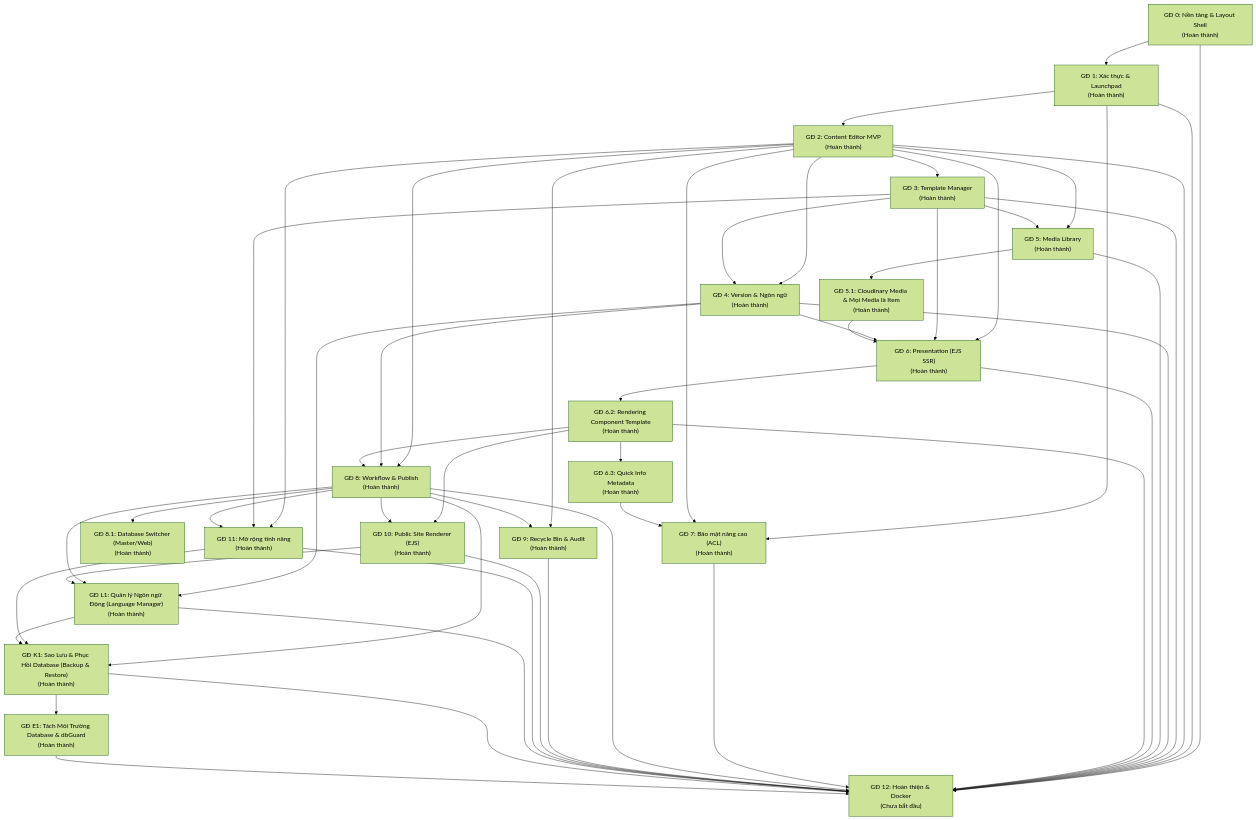
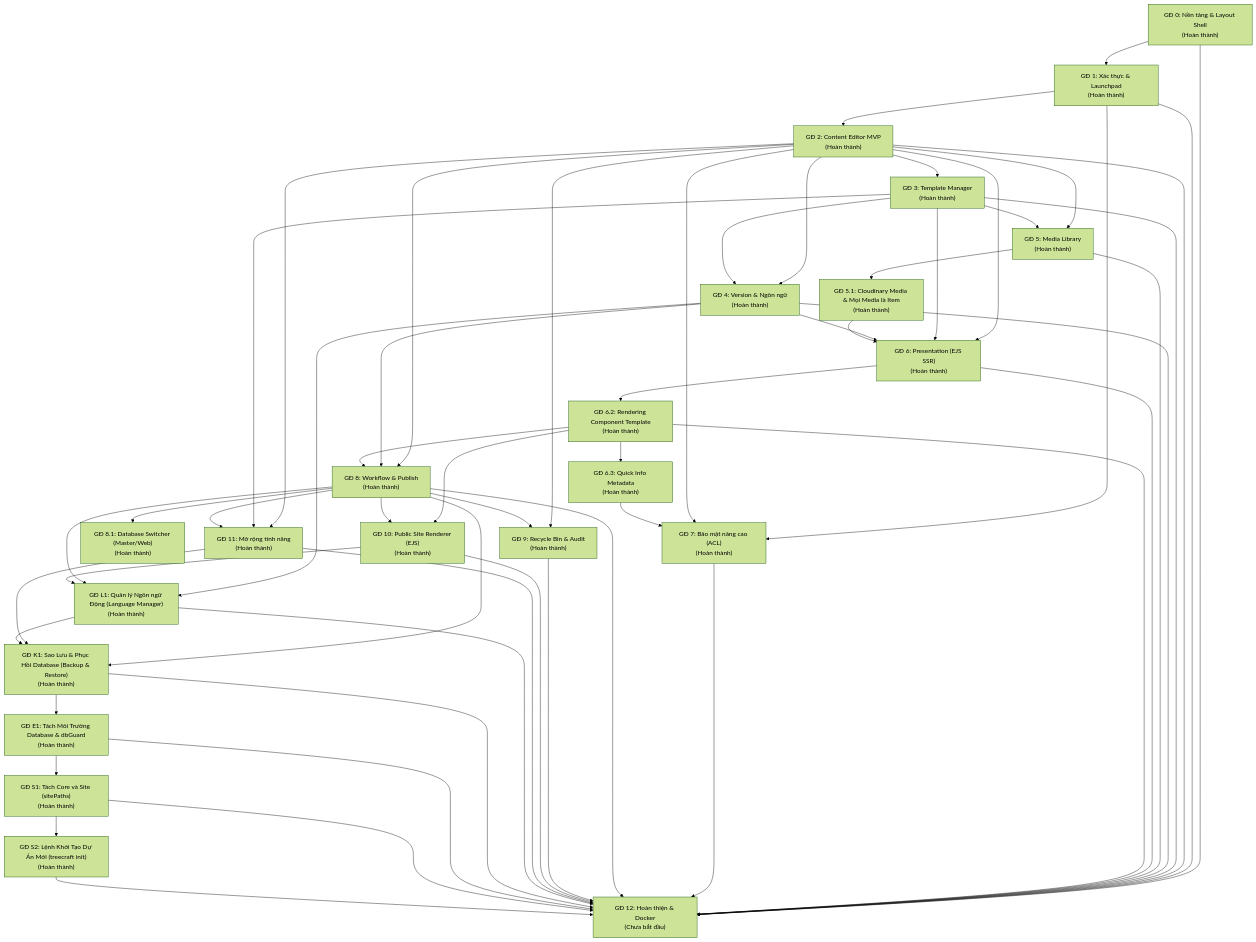
The diagram in docs/phases/README.md (mittomao/Admin-CMS), drawn with Mermaid (forest theme) before and after one commit. The commit also changed other lines of this file and 83 other files, not shown here.

Commit message:
update core-and-site

````diff
--- a/docs/phases/README.md
+++ b/docs/phases/README.md
@@ -9,22 +9,24 @@
 ```mermaid
 flowchart TD
     GD0["GĐ 0: Nền tảng & Layout Shell<br/>(Hoàn thành)"] --> GD1["GĐ 1: Xác thực & Launchpad<br/>(Hoàn thành)"]
     GD1 --> GD2["GĐ 2: Content Editor MVP<br/>(Hoàn thành)"]
     GD2 --> GD3["GĐ 3: Template Manager<br/>(Hoàn thành)"]
     GD2 & GD3 --> GD4["GĐ 4: Version & Ngôn ngữ<br/>(Hoàn thành)"]
     GD2 & GD3 --> GD5["GĐ 5: Media Library<br/>(Hoàn thành)"]
     GD5 --> GD5_1["GĐ 5.1: Cloudinary Media & Mọi Media là Item<br/>(Hoàn thành)"]
     GD2 & GD3 & GD4 & GD5_1 --> GD6["GĐ 6: Presentation (EJS SSR)<br/>(Hoàn thành)"]
     GD6 --> GD6_2["GĐ 6.2: Rendering Component Template<br/>(Hoàn thành)"]
     GD6_2 --> GD6_3["GĐ 6.3: Quick Info Metadata<br/>(Hoàn thành)"]
     GD1 & GD2 & GD6_3 --> GD7["GĐ 7: Bảo mật nâng cao (ACL)<br/>(Hoàn thành)"]
     GD2 & GD4 & GD6_2 --> GD8["GĐ 8: Workflow & Publish<br/>(Hoàn thành)"]
     GD8 --> GD8_1["GĐ 8.1: Database Switcher (Master/Web)<br/>(Hoàn thành)"]
     GD2 & GD8 --> GD9["GĐ 9: Recycle Bin & Audit<br/>(Hoàn thành)"]
     GD6_2 & GD8 --> GD10["GĐ 10: Public Site Renderer (EJS)<br/>(Hoàn thành)"]
     GD2 & GD3 & GD8 --> GD11["GĐ 11: Mở rộng tính năng<br/>(Hoàn thành)"]
     GD4 & GD8 & GD10 --> GDL1["GĐ L1: Quản lý Ngôn ngữ Động (Language Manager)<br/>(Hoàn thành)"]
     GD8 & GD11 & GDL1 --> GDK1["GĐ K1: Sao Lưu & Phục Hồi Database (Backup & Restore)<br/>(Hoàn thành)"]
     GDK1 --> GDE1["GĐ E1: Tách Môi Trường Database & dbGuard<br/>(Hoàn thành)"]
-    GD0 & GD1 & GD2 & GD3 & GD4 & GD5 & GD6 & GD6_2 & GD7 & GD8 & GD9 & GD10 & GD11 & GDL1 & GDK1 & GDE1 --> GD12["GĐ 12: Hoàn thiện & Docker<br/>(Chưa bắt đầu)"]
+    GDE1 --> GDS1["GĐ S1: Tách Core và Site (sitePaths)<br/>(Hoàn thành)"]
+    GDS1 --> GDS2["GĐ S2: Lệnh Khởi Tạo Dự Án Mới (treecraft init)<br/>(Hoàn thành)"]
+    GD0 & GD1 & GD2 & GD3 & GD4 & GD5 & GD6 & GD6_2 & GD7 & GD8 & GD9 & GD10 & GD11 & GDL1 & GDK1 & GDE1 & GDS1 & GDS2 --> GD12["GĐ 12: Hoàn thiện & Docker<br/>(Chưa bắt đầu)"]
 ```
````
